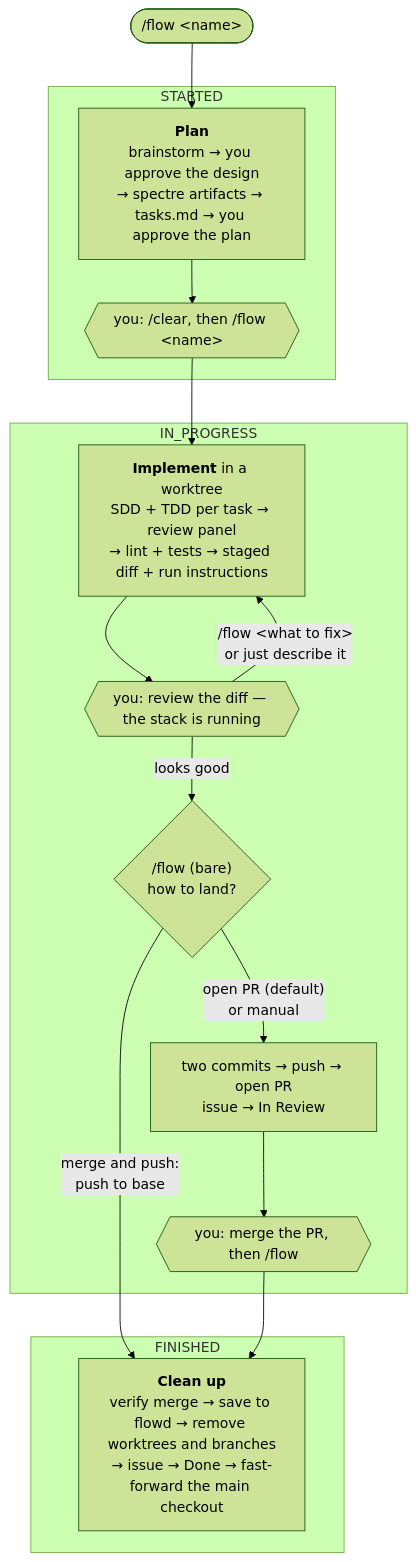
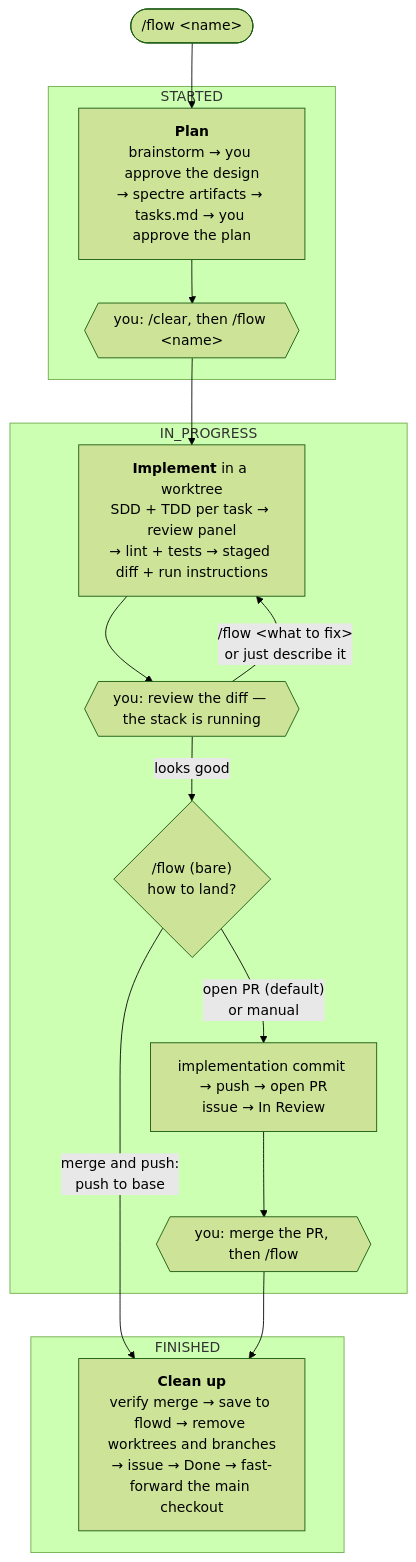
Before and after one commit to tweety53/agents: the diagram in README.md, drawn with Mermaid (forest theme). The commit also changed other lines of this file, not shown here.

First line of the commit message:
fix: describe commit-split's one implementation commit

````diff
--- a/README.md
+++ b/README.md
@@ -64,32 +64,32 @@
 ```mermaid
 flowchart TD
     kick(["/flow #lt;name#gt;"]) --> plan
 
     subgraph S1 ["STARTED"]
         plan["<b>Plan</b><br/>brainstorm → you approve the design<br/>→ spectre artifacts → tasks.md → you approve the plan"]
         g1{{"you: /clear, then /flow #lt;name#gt;"}}
         plan --> g1
     end
 
     g1 --> impl
 
     subgraph S2 ["IN_PROGRESS"]
         impl["<b>Implement</b> in a worktree<br/>SDD + TDD per task → review panel<br/>→ lint + tests → staged diff + run instructions"]
         g2{{"you: review the diff — the stack is running"}}
         land{"/flow (bare)<br/>how to land?"}
-        pr["two commits → push → open PR<br/>issue → In Review"]
+        pr["implementation commit → push → open PR<br/>issue → In Review"]
         g3{{"you: merge the PR, then /flow"}}
         impl --> g2
         g2 -- "/flow #lt;what to fix#gt;<br/>or just describe it" --> impl
         g2 -- "looks good" --> land
         land -- "open PR (default)<br/>or manual" --> pr
         pr --> g3
     end
 
     subgraph S3 ["FINISHED"]
         cleanup["<b>Clean up</b><br/>verify merge → save to flowd → remove worktrees and branches<br/>→ issue → Done → fast-forward the main checkout"]
     end
 
     land -- "merge and push:<br/>push to base" --> cleanup
     g3 --> cleanup
 ```
````
